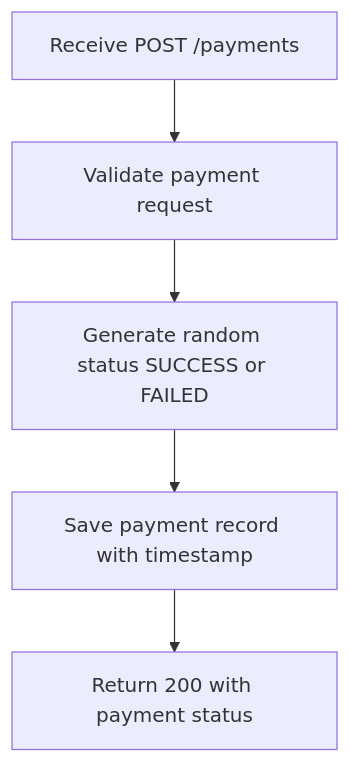
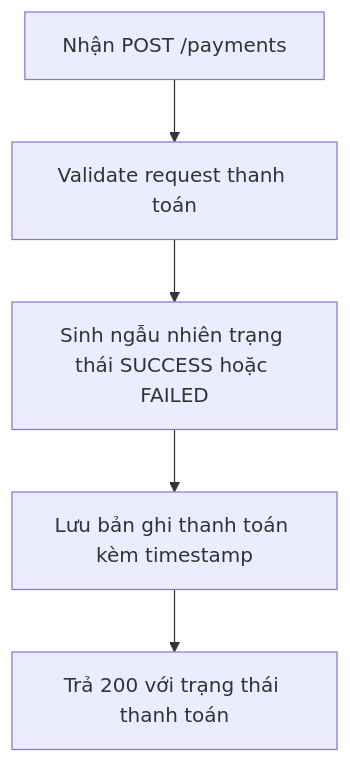
The sixth of 6 diagrams in docs/analysis-and-design.md (Dung1409/mid---proj), drawn with Mermaid before and after one commit. The commit also changed other lines of this file, not shown here.

````diff
--- a/docs/analysis-and-design.md
+++ b/docs/analysis-and-design.md
@@ -317,7 +317,7 @@
 ```mermaid
 flowchart TD
-    A[Receive POST /payments] --> B[Validate payment request]
-    B --> C[Generate random status SUCCESS or FAILED]
-    C --> D[Save payment record with timestamp]
-    D --> E[Return 200 with payment status]
+    A[Nhận POST /payments] --> B[Validate request thanh toán]
+    B --> C[Sinh ngẫu nhiên trạng thái SUCCESS hoặc FAILED]
+    C --> D[Lưu bản ghi thanh toán kèm timestamp]
+    D --> E[Trả 200 với trạng thái thanh toán]
 ```
````
